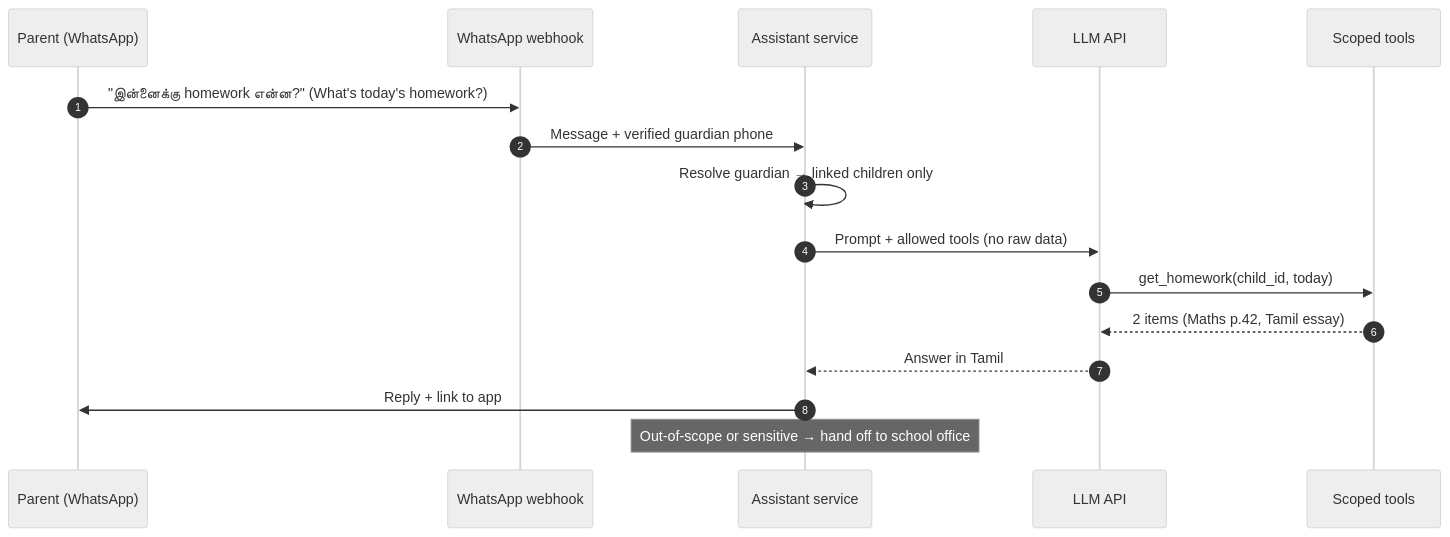
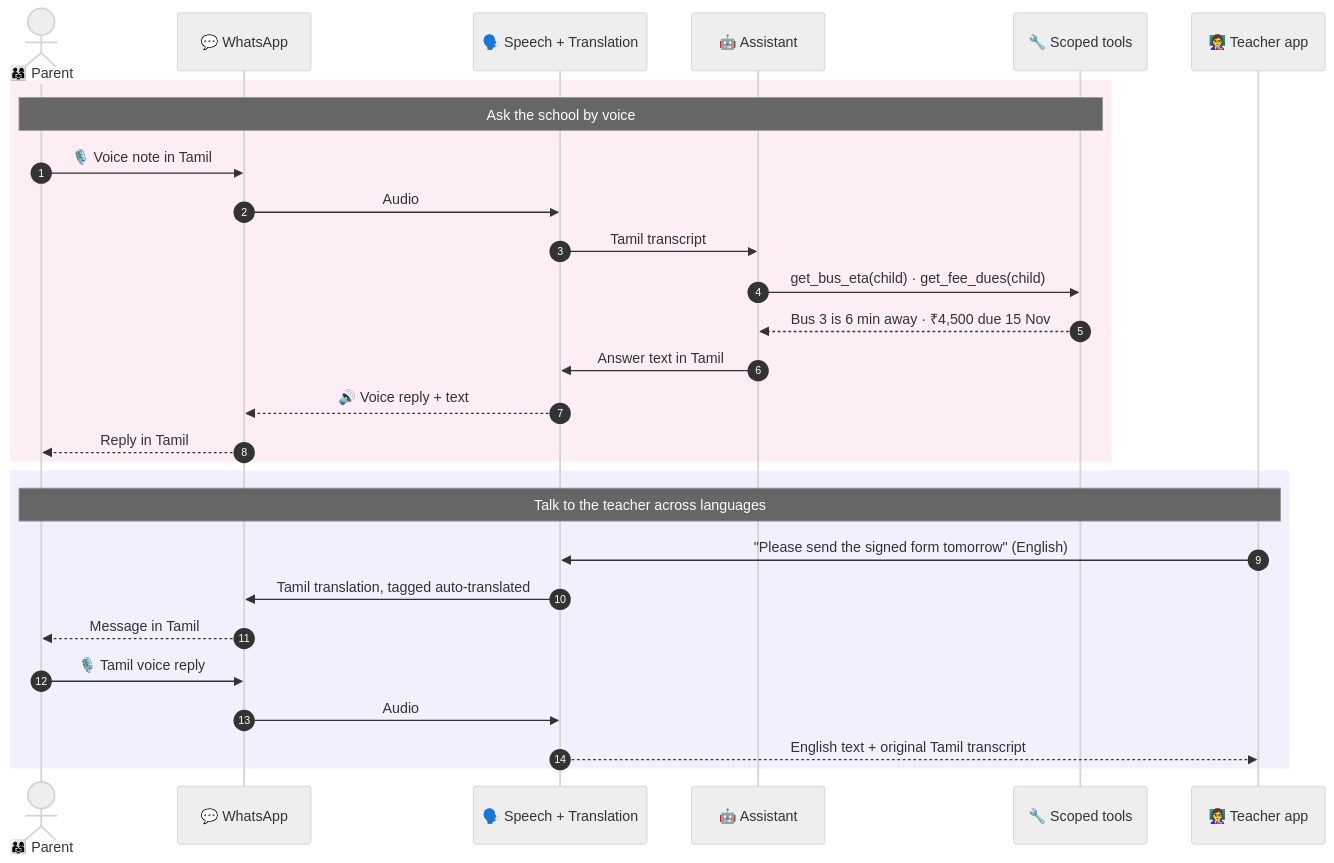
Diagram 12 of 14 in README.md (Vijay190899/acadstart), drawn with Mermaid (neutral theme) before and after one commit. The commit also changed other lines of this file and 1 other file, not shown here.

Commit message:
Rewrite README: signature features (Custody Chain, Safe Handover, voice-first Tamil assistant, Snap-to-Digitise, digital diary), styled Mermaid diagrams, updated game plan and scale-up list

````diff
--- a/README.md
+++ b/README.md
@@ -277,18 +546,30 @@
 ```mermaid
 sequenceDiagram
   autonumber
-  participant P as Parent (WhatsApp)
-  participant W as WhatsApp webhook
-  participant AI as Assistant service
-  participant LLM as LLM API
-  participant T as Scoped tools
-  P->>W: "இன்னைக்கு homework என்ன?" (What's today's homework?)
-  W->>AI: Message + verified guardian phone
-  AI->>AI: Resolve guardian → linked children only
-  AI->>LLM: Prompt + allowed tools (no raw data)
-  LLM->>T: get_homework(child_id, today)
-  T-->>LLM: 2 items (Maths p.42, Tamil essay)
-  LLM-->>AI: Answer in Tamil
-  AI->>P: Reply + link to app
-  Note over AI: Out-of-scope or sensitive → hand off to school office
+  actor P as 👨‍👩‍👧 Parent
+  participant W as 💬 WhatsApp
+  participant S as 🗣️ Speech + Translation
+  participant AI as 🤖 Assistant
+  participant T as 🔧 Scoped tools
+  participant TC as 👩‍🏫 Teacher app
+  rect rgba(219, 39, 119, 0.08)
+  Note over P,T: Ask the school by voice
+  P->>W: 🎙️ Voice note in Tamil
+  W->>S: Audio
+  S->>AI: Tamil transcript
+  AI->>T: get_bus_eta(child) · get_fee_dues(child)
+  T-->>AI: Bus 3 is 6 min away · ₹4,500 due 15 Nov
+  AI->>S: Answer text in Tamil
+  S-->>W: 🔊 Voice reply + text
+  W-->>P: Reply in Tamil
+  end
+  rect rgba(79, 70, 229, 0.08)
+  Note over TC,P: Talk to the teacher across languages
+  TC->>S: "Please send the signed form tomorrow" (English)
+  S->>W: Tamil translation, tagged auto-translated
+  W-->>P: Message in Tamil
+  P->>W: 🎙️ Tamil voice reply
+  W->>S: Audio
+  S-->>TC: English text + original Tamil transcript
+  end
 ```
````
